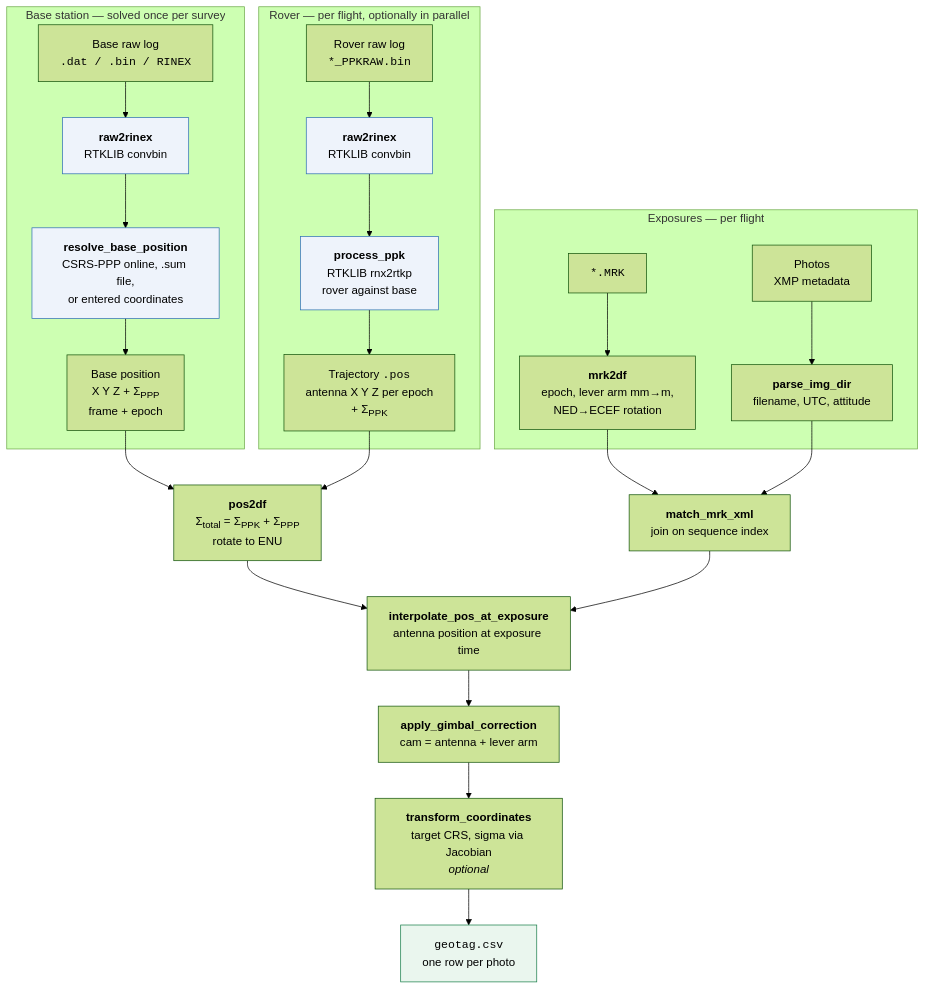
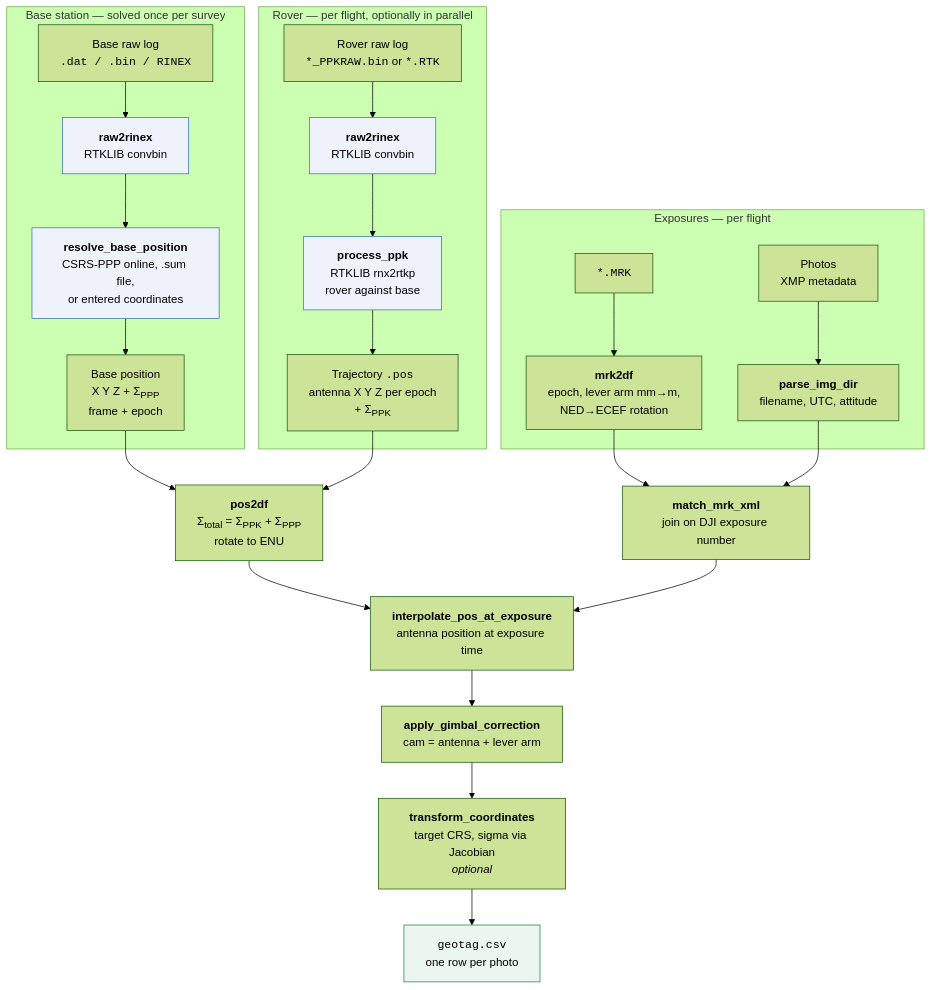
Before and after one commit to RayPan-UC/dji-geotagger: the diagram in docs/pipeline.md, drawn with Mermaid (forest theme). The commit also changed other lines of this file and 2 other files, not shown here.

First line of the commit message:
feat: geotag L2 flights, and pair photos by their DJI exposure number

````diff
--- a/docs/pipeline.md
+++ b/docs/pipeline.md
@@ -8,46 +8,46 @@
 ```mermaid
 flowchart TD
     subgraph BASE ["Base station — solved once per survey"]
         B1["Base raw log<br><code>.dat / .bin / RINEX</code>"]
         B2["<b>raw2rinex</b><br>RTKLIB convbin"]
         B3["<b>resolve_base_position</b><br>CSRS-PPP online, .sum file,<br>or entered coordinates"]
         B4["Base position<br>X Y Z + &Sigma;<sub>PPP</sub><br>frame + epoch"]
         B1 --> B2 --> B3 --> B4
     end
 
     subgraph ROVER ["Rover — per flight, optionally in parallel"]
-        R1["Rover raw log<br><code>*_PPKRAW.bin</code>"]
+        R1["Rover raw log<br><code>*_PPKRAW.bin</code> or <code>*.RTK</code>"]
         R2["<b>raw2rinex</b><br>RTKLIB convbin"]
         R3["<b>process_ppk</b><br>RTKLIB rnx2rtkp<br>rover against base"]
         R4["Trajectory <code>.pos</code><br>antenna X Y Z per epoch<br>+ &Sigma;<sub>PPK</sub>"]
         R1 --> R2 --> R3 --> R4
     end
 
     subgraph EXP ["Exposures — per flight"]
         M1["<code>*.MRK</code>"]
         M2["<b>mrk2df</b><br>epoch, lever arm mm&rarr;m,<br>NED&rarr;ECEF rotation"]
         X1["Photos<br>XMP metadata"]
         X2["<b>parse_img_dir</b><br>filename, UTC, attitude"]
         M1 --> M2
         X1 --> X2
     end
 
     P1["<b>pos2df</b><br>&Sigma;<sub>total</sub> = &Sigma;<sub>PPK</sub> + &Sigma;<sub>PPP</sub><br>rotate to ENU"]
-    C1["<b>match_mrk_xml</b><br>join on sequence index"]
+    C1["<b>match_mrk_xml</b><br>join on DJI exposure number"]
     C2["<b>interpolate_pos_at_exposure</b><br>antenna position at exposure time"]
     C3["<b>apply_gimbal_correction</b><br>cam = antenna + lever arm"]
     C4["<b>transform_coordinates</b><br>target CRS, sigma via Jacobian<br><i>optional</i>"]
     OUT["<code>geotag.csv</code><br>one row per photo"]
 
     B4 --> P1
     R4 --> P1
     M2 --> C1
     X2 --> C1
     P1 --> C2
     C1 --> C2 --> C3 --> C4 --> OUT
 
     classDef ext fill:#eef3fb,stroke:#2f6fb5
     classDef out fill:#eaf6ee,stroke:#1a7f4b
     class B2,B3,R2,R3 ext
     class OUT out
 ```
````
